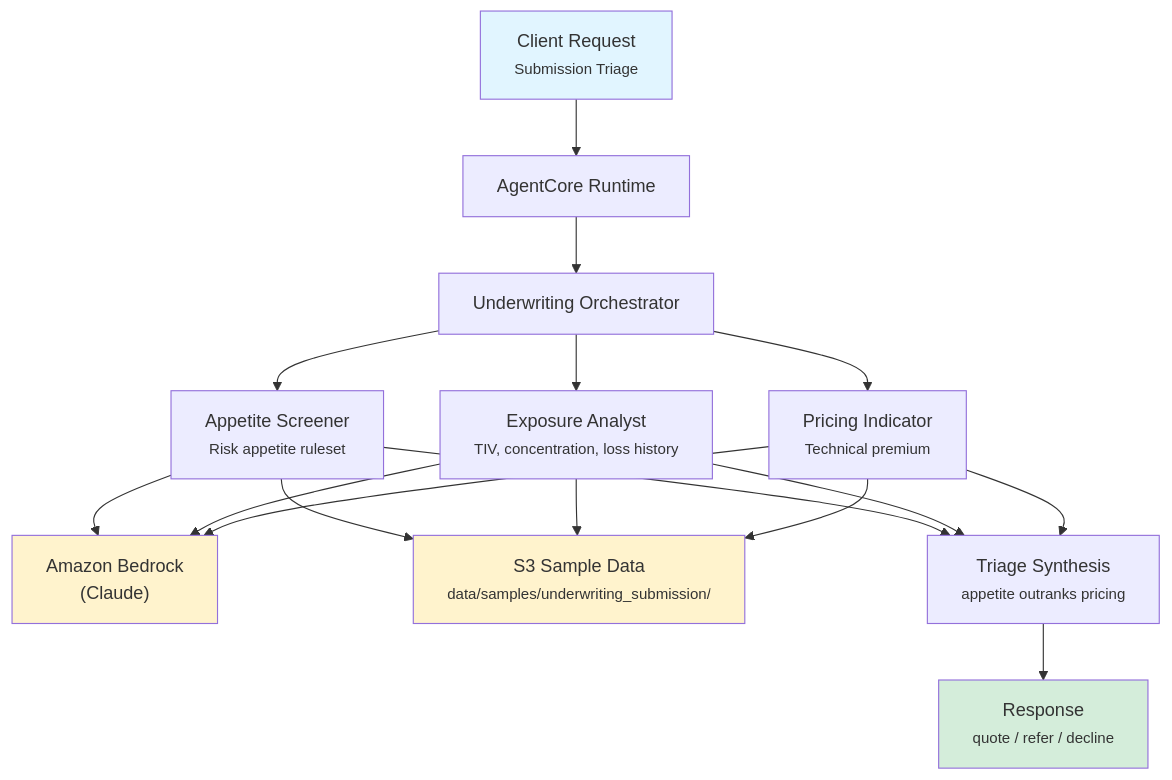
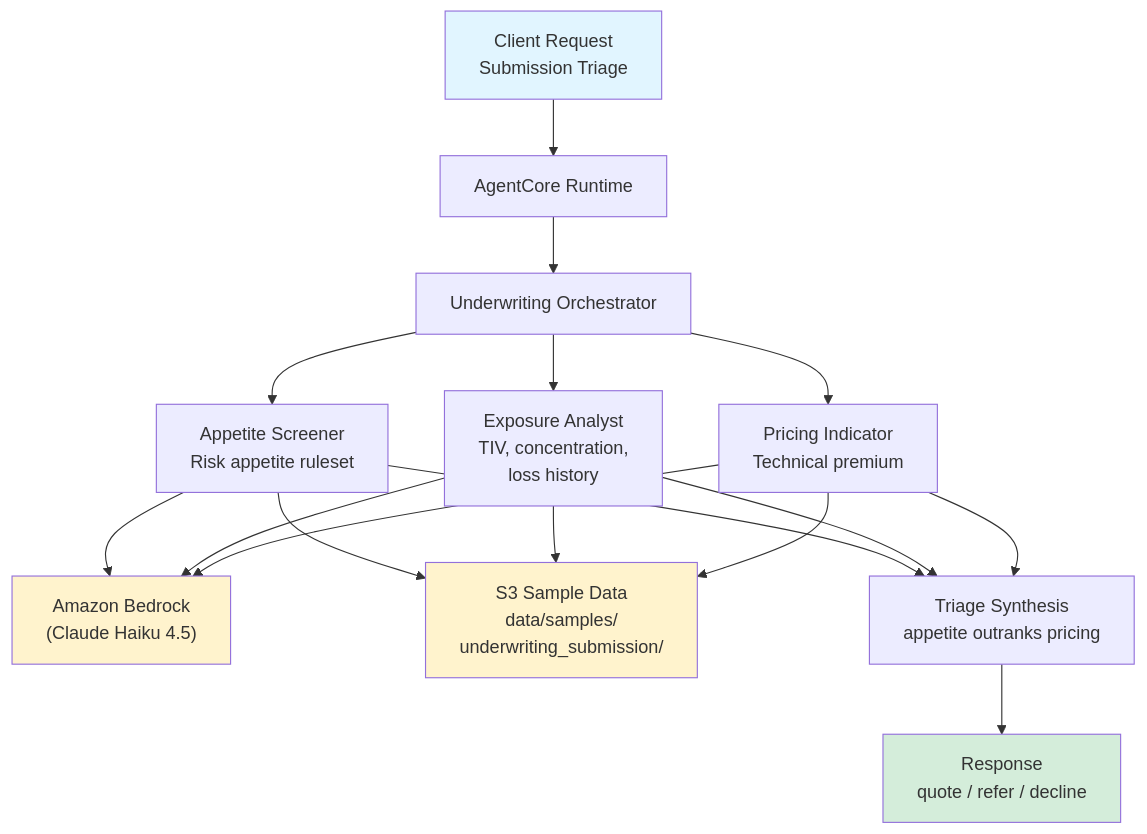
Before and after one commit to aws-samples/sample-agentic-value-accelerator: the diagram in applications/fsi_foundry/use_cases/underwriting_submission/README.md, drawn with Mermaid. The commit also changed other lines of this file, not shown here.

Commit message:
docs(fsi): Fix underwriting diagram and model name
Name the actual model in the underwriting submission README. All four
references said "Claude" generically; config.py sets the base model to
anthropic.claude-haiku-4-5-20251001-v1:0 for all three specialists, so
the Mermaid node and the three agent tables now say Claude Haiku 4.5.

Also remove the <small> tags from the architecture diagram labels, which
clipped their text on GitHub. GitHub renders Mermaid with HTML labels
disabled, making each label an SVG text element rather than an HTML div.
<small> has no meaning in SVG, so it is stripped, but the node width is
still computed as though the text were smaller and the label overflows a
box roughly 15% too narrow. Every clipped node used <small> and the three
that did not, including a two-line label, rendered correctly. Verified by
rendering both versions headlessly with htmlLabels disabled.

Two long sublabels are now split across lines, matching sibling READMEs,
since correctly sized single-line boxes were unusually wide.

````diff
--- a/applications/fsi_foundry/use_cases/underwriting_submission/README.md
+++ b/applications/fsi_foundry/use_cases/underwriting_submission/README.md
@@ -27,28 +27,28 @@
 ```mermaid
 graph TB
-    Request["Client Request<br/><small>Submission Triage</small>"] --> Runtime["AgentCore Runtime"]
+    Request["Client Request<br/>Submission Triage"] --> Runtime["AgentCore Runtime"]
     Runtime --> Orchestrator["Underwriting Orchestrator"]
 
-    Orchestrator --> Appetite["Appetite Screener<br/><small>Risk appetite ruleset</small>"]
-    Orchestrator --> Exposure["Exposure Analyst<br/><small>TIV, concentration, loss history</small>"]
-    Orchestrator --> Pricing["Pricing Indicator<br/><small>Technical premium</small>"]
+    Orchestrator --> Appetite["Appetite Screener<br/>Risk appetite ruleset"]
+    Orchestrator --> Exposure["Exposure Analyst<br/>TIV, concentration,<br/>loss history"]
+    Orchestrator --> Pricing["Pricing Indicator<br/>Technical premium"]
 
-    Appetite --> Bedrock["Amazon Bedrock<br/>(Claude)"]
+    Appetite --> Bedrock["Amazon Bedrock<br/>(Claude Haiku 4.5)"]
     Exposure --> Bedrock
     Pricing --> Bedrock
 
-    Appetite --> S3["S3 Sample Data<br/><small>data/samples/underwriting_submission/</small>"]
+    Appetite --> S3["S3 Sample Data<br/>data/samples/<br/>underwriting_submission/"]
     Exposure --> S3
     Pricing --> S3
 
-    Appetite --> Synthesis["Triage Synthesis<br/><small>appetite outranks pricing</small>"]
+    Appetite --> Synthesis["Triage Synthesis<br/>appetite outranks pricing"]
     Exposure --> Synthesis
     Pricing --> Synthesis
 
-    Synthesis --> Response["Response<br/><small>quote / refer / decline</small>"]
+    Synthesis --> Response["Response<br/>quote / refer / decline"]
 
     style Request fill:#e1f5ff
     style Response fill:#d4edda
     style Bedrock fill:#fff3cd
     style S3 fill:#fff3cd
 ```
````
